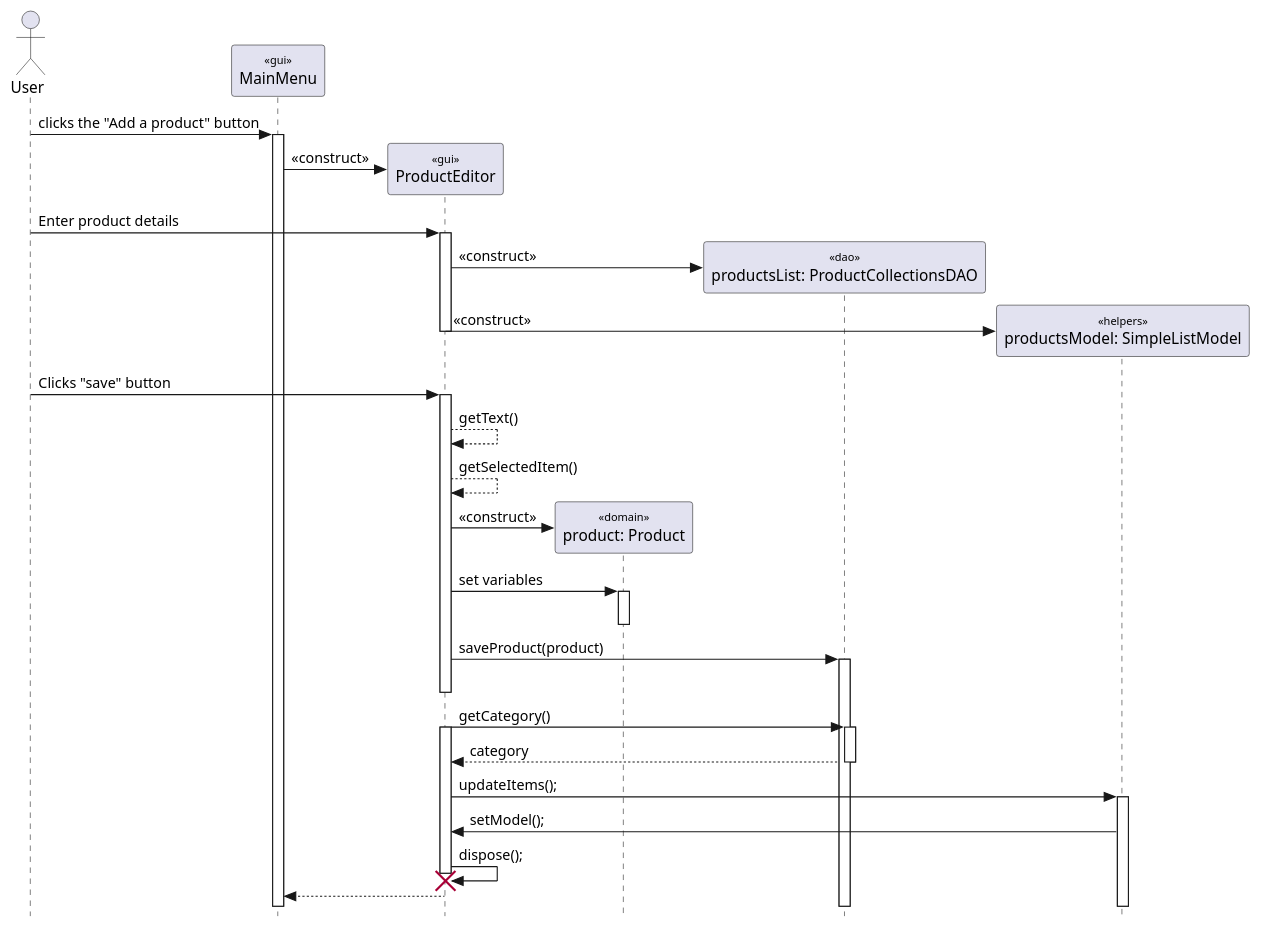
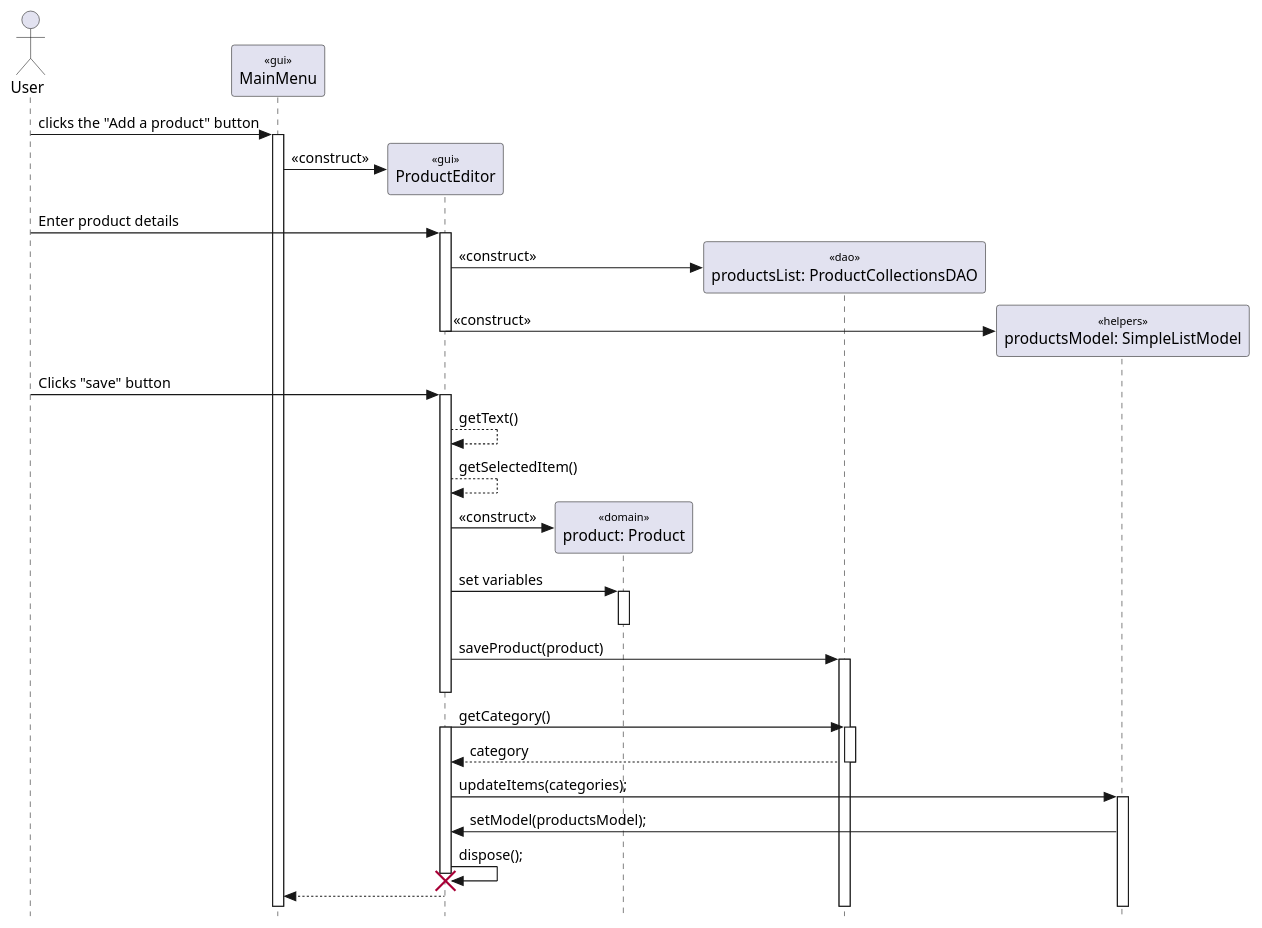
The diagram in info202_project/diagrams/AddProduct.puml (seuwand-tee/Shopping-System), drawn with PlantUML before and after one commit. The commit also changed 1 other file, not shown here.

Commit message:
UML for Milestone 1 done Need to check References #11

```diff
--- a/info202_project/diagrams/AddProduct.puml
+++ b/info202_project/diagrams/AddProduct.puml
@@ -1,54 +1,54 @@
 @startuml
 skinparam {
   Style StrictUML
   SequenceStereotype {
     Font {
       Size 10
       Style plain
     }
   }
 }
 actor "User" as user
 participant "MainMenu" as menu <<gui>>
 participant "ProductEditor" as productEditor <<gui>>
 participant "product: Product" as product <<domain>>
 participant "productsList: ProductCollectionsDAO" as ProductCollectionsDAO <<dao>>
 participant "productsModel: SimpleListModel" as SimpleListModel <<helpers>>
 
 
 'create the product editor menu
 ' user clicks the view a product button
 user -> menu++ : clicks the "Add a product" button
 create productEditor
 menu -> productEditor : <<construct>>
 
 user -> productEditor++ : Enter product details
 create ProductCollectionsDAO
 productEditor -> ProductCollectionsDAO : <<construct>>
 create SimpleListModel
 productEditor -> SimpleListModel : <<construct>>
 productEditor--
 
 user -> productEditor++ : Clicks "save" button
 productEditor --> productEditor: getText()
 productEditor --> productEditor: getSelectedItem()
 create product
 productEditor -> product: <<construct>>
 'user enter variables
 productEditor -> product++ :set variables 
 product--
 
 productEditor -> ProductCollectionsDAO++ : saveProduct(product)
 productEditor--
 
 productEditor -> ProductCollectionsDAO++ :getCategory()
 productEditor++
 ProductCollectionsDAO --> productEditor :category
 ProductCollectionsDAO--
-productEditor -> SimpleListModel++:updateItems();
-SimpleListModel -> productEditor :setModel();
+productEditor -> SimpleListModel++:updateItems(categories);
+SimpleListModel -> productEditor :setModel(productsModel);
 productEditor -> productEditor :dispose();
 destroy productEditor 
 productEditor --> menu
 
 @enduml
```
